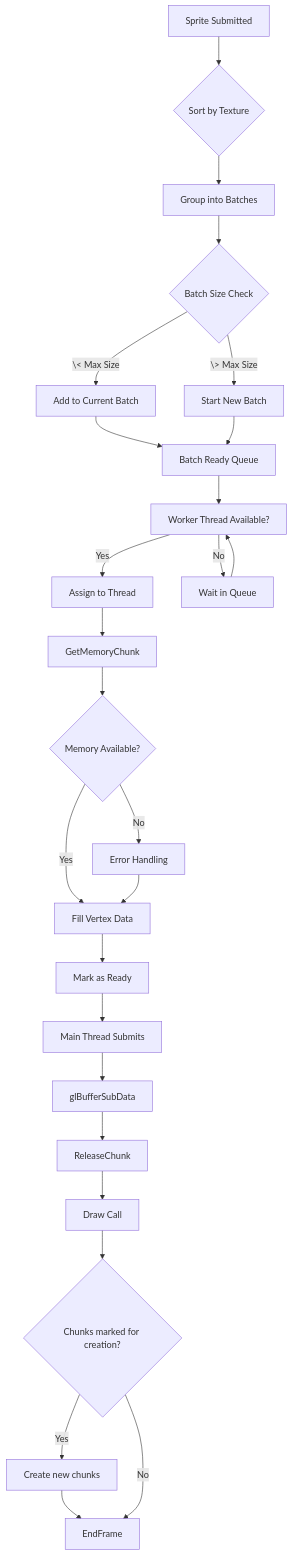
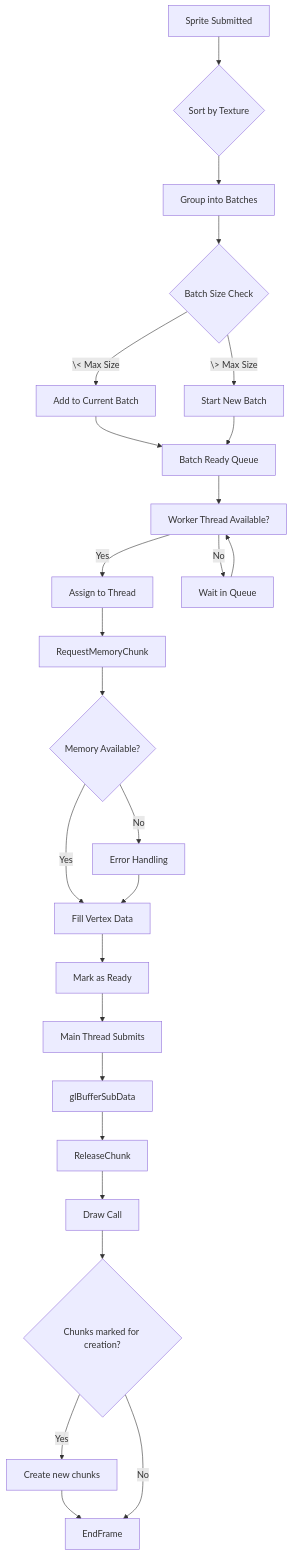
Before and after one commit to Ienium/IeniumGlow: the fifth of 7 diagrams in docs/pipeline.md, drawn with Mermaid. The commit also changed other lines of this file and 12 other files, not shown here.

````diff
--- a/docs/pipeline.md
+++ b/docs/pipeline.md
@@ -131,33 +131,33 @@
 ```mermaid
 flowchart TD
     A[Sprite Submitted] --> B{Sort by Texture}
     B --> C[Group into Batches]
     C --> D{Batch Size Check}
     D -->|\< Max Size| E[Add to Current Batch]
     D -->|\> Max Size| F[Start New Batch]
     E --> G[Batch Ready Queue]
     F --> G
     
     G --> H[Worker Thread Available?]
     H -->|Yes| I[Assign to Thread]
     H -->|No| J[Wait in Queue]
     J --> H
     
-    I --> K[GetMemoryChunk]
+    I --> K[RequestMemoryChunk]
     K --> L{Memory Available?}
     L -->|Yes| M[Fill Vertex Data]
     L -->|No| N[Error Handling]
     N --> M
 
     
     M --> O[Mark as Ready]
     O --> P[Main Thread Submits]
     P --> Q[glBufferSubData]
     Q --> R[ReleaseChunk]
     R --> S[Draw Call]
     
     S --> Z{Chunks marked for creation?}
     Z -->|Yes| ZA[Create new chunks]
     ZA--> ZB[EndFrame]
     Z -->|No| ZB
 ```
````
